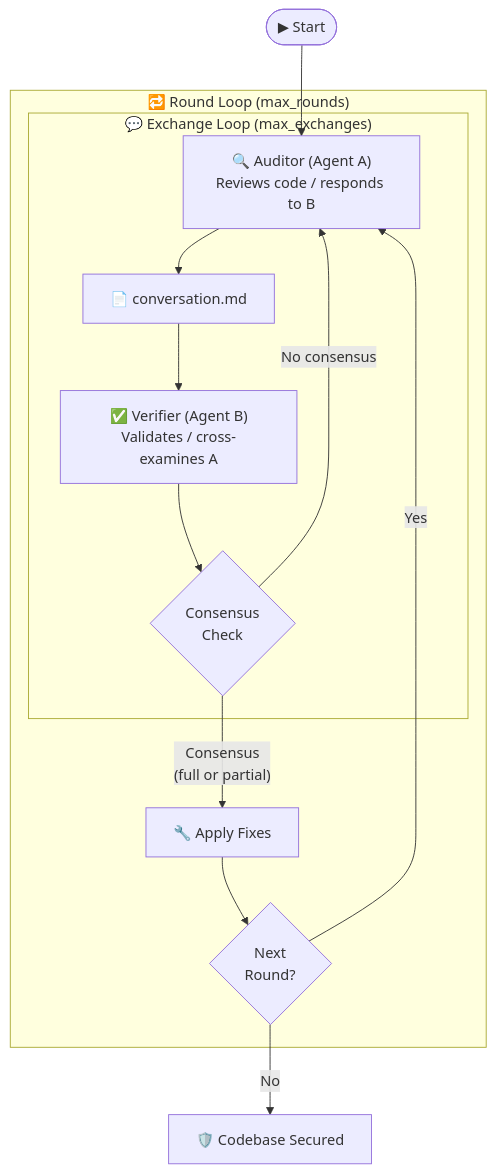
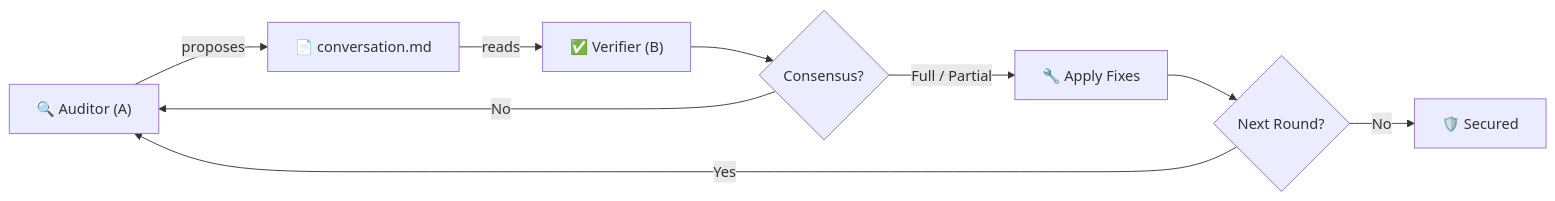
Before and after one commit to cloveric/mdtalk: the diagram in README.md, drawn with Mermaid.

Commit message:
docs: compact architecture diagram (LR, no subgraph)

````diff
--- a/README.md
+++ b/README.md
@@ -112,17 +112,11 @@
 ```mermaid
-flowchart TD
-    Start(["▶ Start"]) --> A
-
-    subgraph ROUND ["🔁 Round Loop (max_rounds)"]
-        subgraph EXCHANGE ["💬 Exchange Loop (max_exchanges)"]
-            A["🔍 Auditor (Agent A)\nReviews code / responds to B"] --> MD["📄 conversation.md"]
-            MD --> B["✅ Verifier (Agent B)\nValidates / cross-examines A"]
-            B --> CK{"Consensus\nCheck"}
-            CK -- "No consensus" --> A
-        end
-        CK -- "Consensus\n(full or partial)" --> FIX["🔧 Apply Fixes"]
-        FIX --> NR{"Next\nRound?"}
-        NR -- "Yes" --> A
-    end
-    NR -- "No" --> Done["🛡️ Codebase Secured"]
+flowchart LR
+    A["🔍 Auditor (A)"] -->|proposes| MD["📄 conversation.md"]
+    MD -->|reads| B["✅ Verifier (B)"]
+    B --> CK{"Consensus?"}
+    CK -->|"No"| A
+    CK -->|"Full / Partial"| FIX["🔧 Apply Fixes"]
+    FIX --> NR{"Next Round?"}
+    NR -->|Yes| A
+    NR -->|No| Done["🛡️ Secured"]
 ```
````
